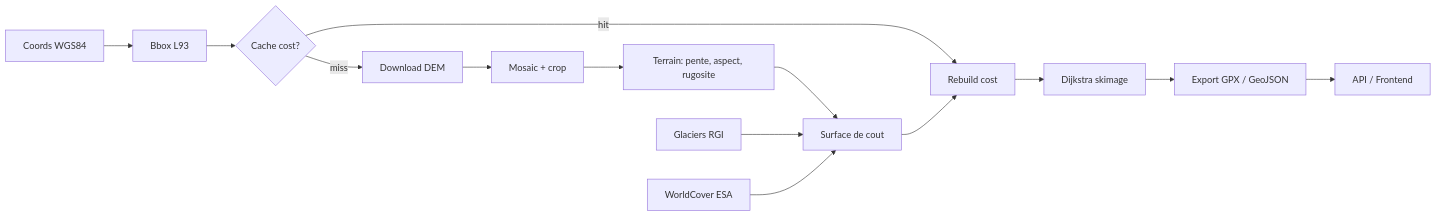
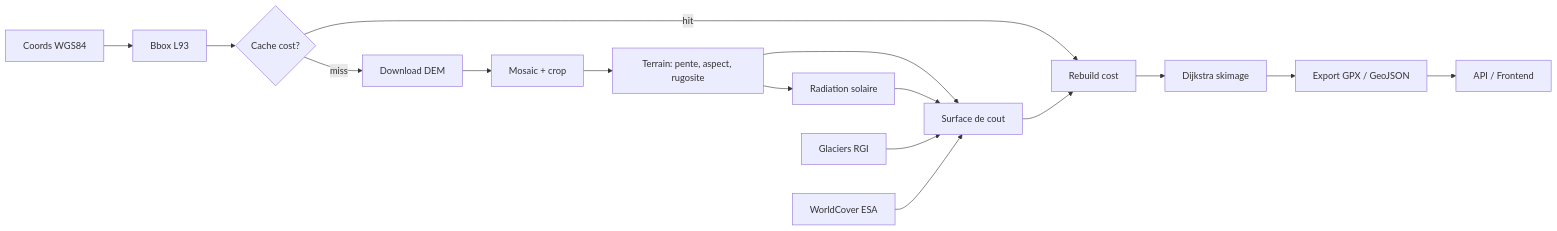
One commit to Samuellct/AlpineRoute changed the diagram in docs/architecture.md. Above: the diagram before and after it, drawn with Mermaid. The commit also changed other lines of this file and 11 other files, not shown here.

````diff
--- a/docs/architecture.md
+++ b/docs/architecture.md
@@ -9,16 +9,18 @@
 ```mermaid
 flowchart LR
     A[Coords WGS84] --> B[Bbox L93]
     B --> CC{Cache cost?}
     CC -- hit --> F2[Rebuild cost]
     CC -- miss --> C[Download DEM]
     C --> D[Mosaic + crop]
     D --> E[Terrain: pente, aspect, rugosite]
     E --> F[Surface de cout]
+    E --> R[Radiation solaire]
+    R --> F
     G[Glaciers RGI] --> F
     H[WorldCover ESA] --> F
     F --> F2
     F2 --> I[Dijkstra skimage]
     I --> J[Export GPX / GeoJSON]
     J --> K[API / Frontend]
 ```
````
